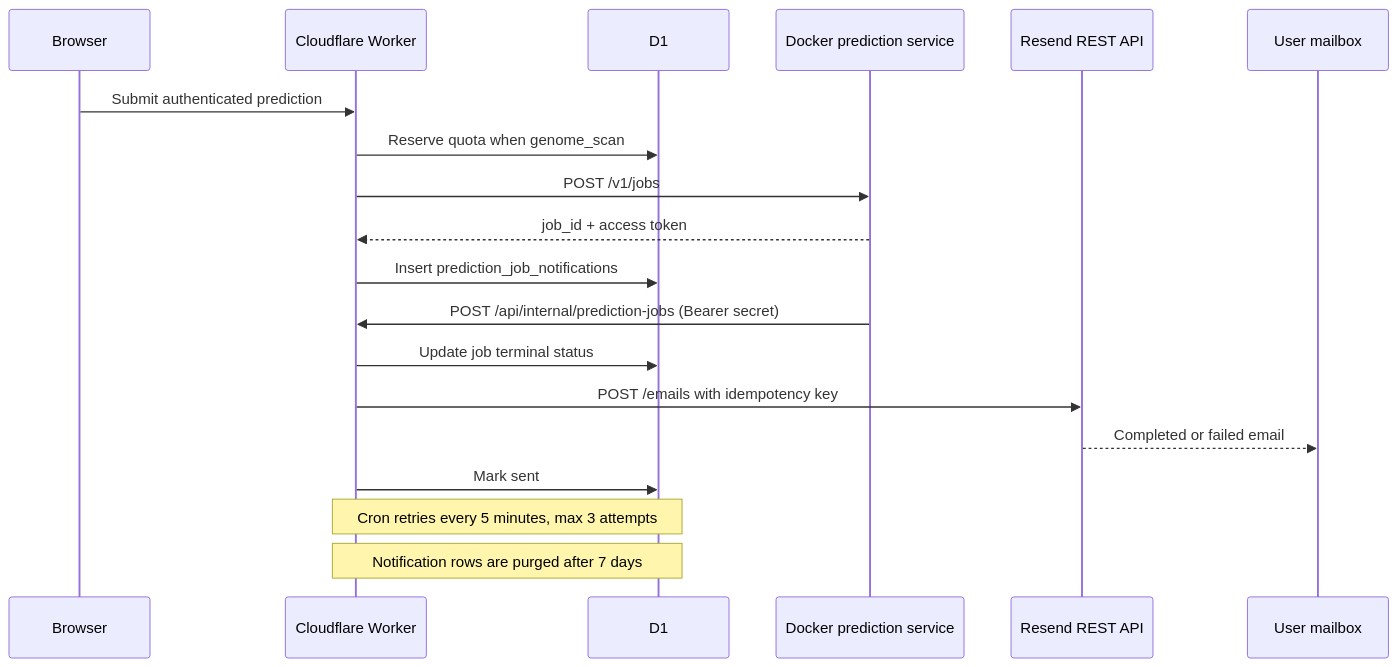
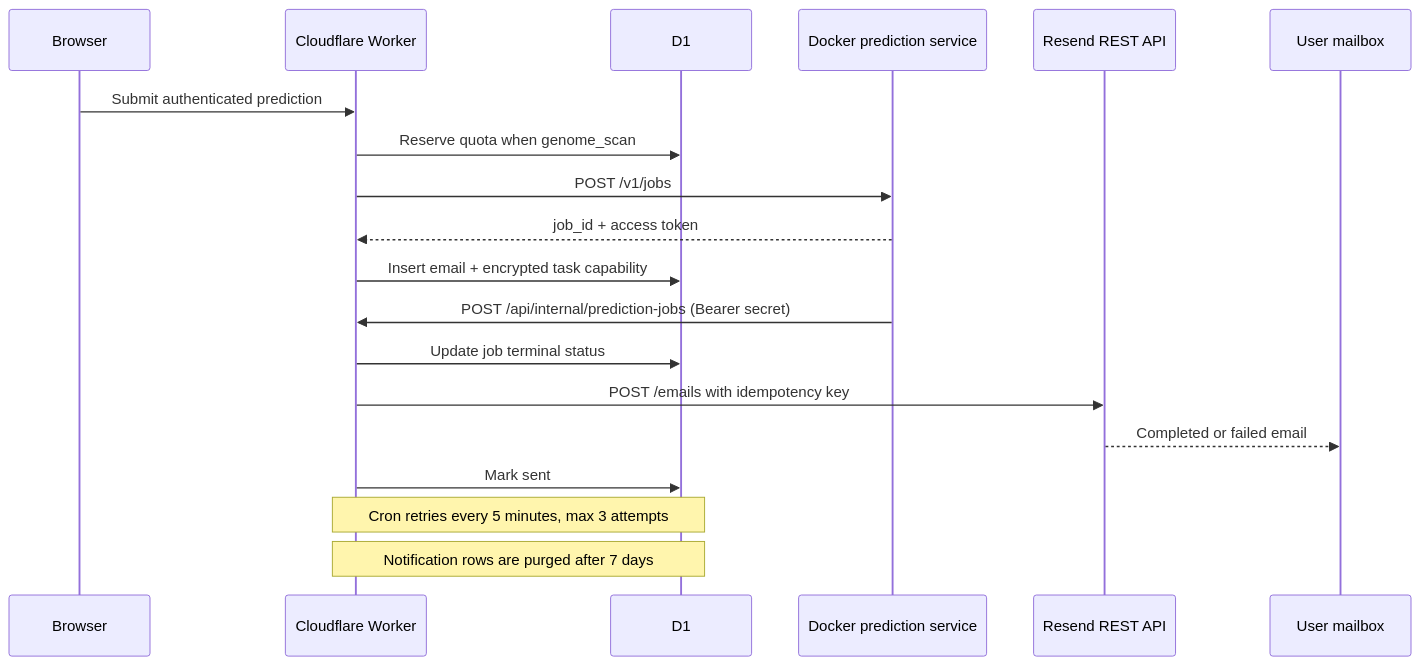
The fourth of 4 diagrams in RAPPTOR/docs/email-system-deployment.zh-CN.md (1220142415/promoter_database_web), drawn with Mermaid before and after one commit. The commit also changed other lines of this file and 11 other files, not shown here.

````diff
--- a/RAPPTOR/docs/email-system-deployment.zh-CN.md
+++ b/RAPPTOR/docs/email-system-deployment.zh-CN.md
@@ -364,22 +370,22 @@
 ```mermaid
 sequenceDiagram
   participant B as Browser
   participant W as Cloudflare Worker
   participant D as D1
   participant P as Docker prediction service
   participant R as Resend REST API
   participant E as User mailbox
 
   B->>W: Submit authenticated prediction
   W->>D: Reserve quota when genome_scan
   W->>P: POST /v1/jobs
   P-->>W: job_id + access token
-  W->>D: Insert prediction_job_notifications
+  W->>D: Insert email + encrypted task capability
   P->>W: POST /api/internal/prediction-jobs (Bearer secret)
   W->>D: Update job terminal status
   W->>R: POST /emails with idempotency key
   R-->>E: Completed or failed email
   W->>D: Mark sent
   Note over W,D: Cron retries every 5 minutes, max 3 attempts
   Note over W,D: Notification rows are purged after 7 days
 ```
````
